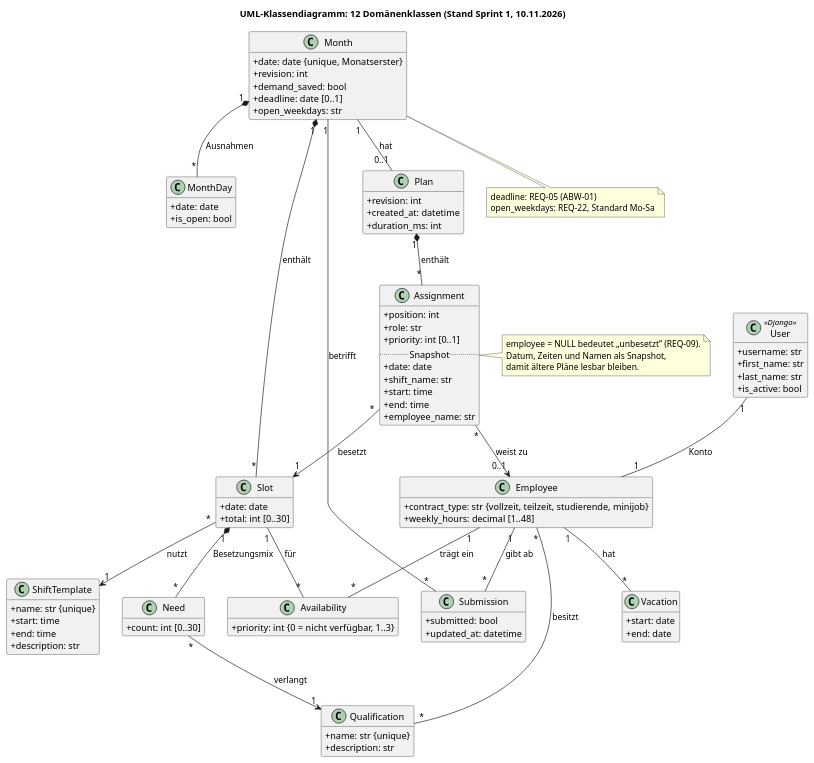
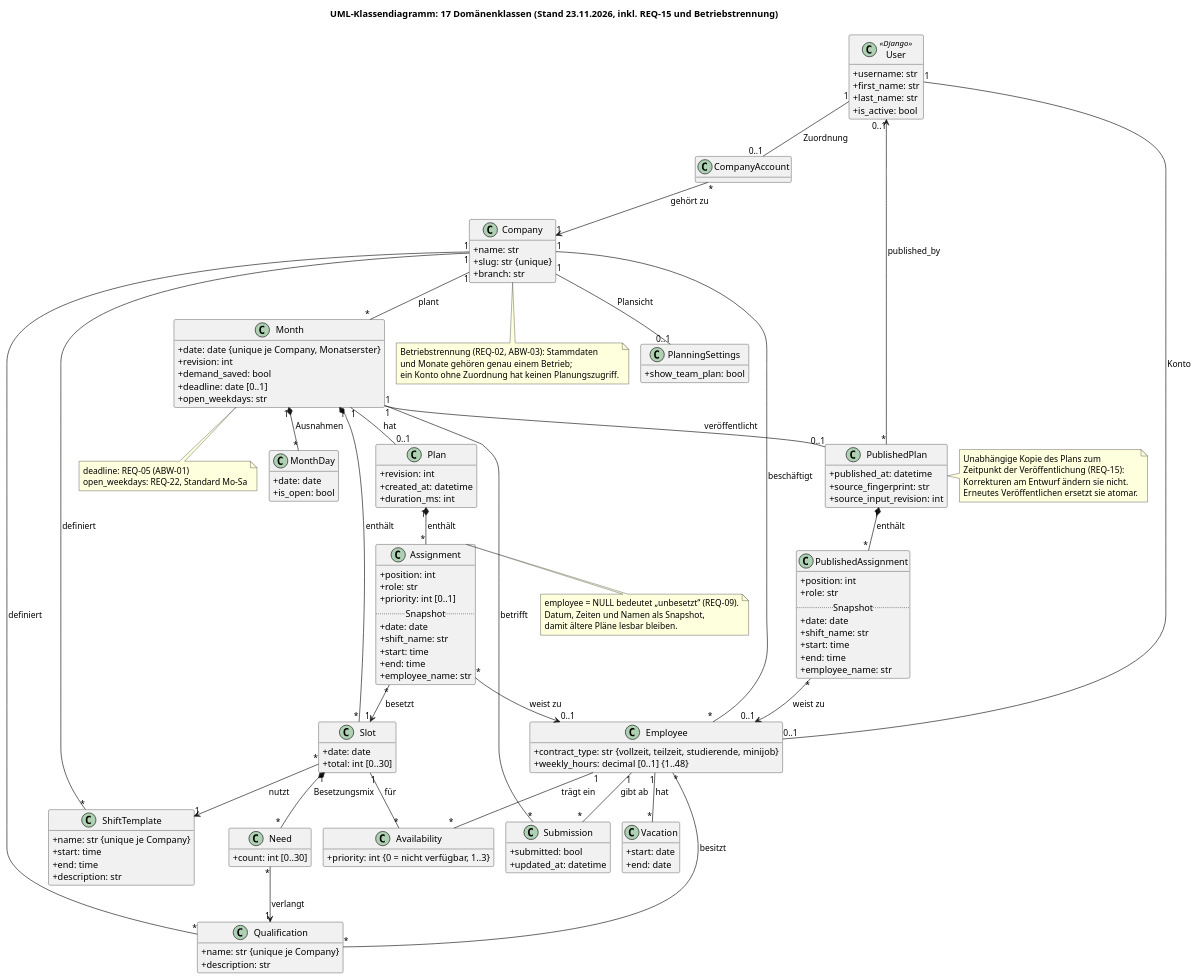
One commit to shiftplanner-hsfl-team/shiftplanner changed the diagram in docs/design/klassen.puml. Above: the diagram before and after it, drawn with PlantUML. The commit also changed 3 other files, not shown here.

Commit message:
DESIGN #59: Klassen- und ER-Diagramm nach Inspektion aktualisieren

```diff
--- a/docs/design/klassen.puml
+++ b/docs/design/klassen.puml
@@ -1,115 +1,172 @@
 @startuml
-title UML-Klassendiagramm: 12 Domänenklassen (Stand Sprint 1, 10.11.2026)
+!pragma layout smetana
+title UML-Klassendiagramm: 17 Domänenklassen (Stand 23.11.2026, inkl. REQ-15 und Betriebstrennung)
 
 skinparam classAttributeIconSize 0
 hide empty methods
 
 class User <<Django>> {
   +username: str
   +first_name: str
   +last_name: str
   +is_active: bool
 }
 
+class Company {
+  +name: str
+  +slug: str {unique}
+  +branch: str
+}
+
+class CompanyAccount {
+}
+
+class PlanningSettings {
+  +show_team_plan: bool
+}
+
 class Employee {
   +contract_type: str {vollzeit, teilzeit, studierende, minijob}
-  +weekly_hours: decimal [1..48]
+  +weekly_hours: decimal [0..1] {1..48}
 }
 
 class Qualification {
-  +name: str {unique}
+  +name: str {unique je Company}
   +description: str
 }
 
 class ShiftTemplate {
-  +name: str {unique}
+  +name: str {unique je Company}
   +start: time
   +end: time
   +description: str
 }
 
 class Month {
-  +date: date {unique, Monatserster}
+  +date: date {unique je Company, Monatserster}
   +revision: int
   +demand_saved: bool
   +deadline: date [0..1]
   +open_weekdays: str
 }
 
 class MonthDay {
   +date: date
   +is_open: bool
 }
 
 class Slot {
   +date: date
   +total: int [0..30]
 }
 
 class Need {
   +count: int [0..30]
 }
 
 class Availability {
   +priority: int {0 = nicht verfügbar, 1..3}
 }
 
 class Submission {
   +submitted: bool
   +updated_at: datetime
 }
 
 class Vacation {
   +start: date
   +end: date
 }
 
 class Plan {
   +revision: int
   +created_at: datetime
   +duration_ms: int
 }
 
 class Assignment {
   +position: int
   +role: str
   +priority: int [0..1]
   .. Snapshot ..
   +date: date
   +shift_name: str
   +start: time
   +end: time
   +employee_name: str
 }
 
-User "1" -- "1" Employee : Konto
+class PublishedPlan {
+  +published_at: datetime
+  +source_fingerprint: str
+  +source_input_revision: int
+}
+
+class PublishedAssignment {
+  +position: int
+  +role: str
+  .. Snapshot ..
+  +date: date
+  +shift_name: str
+  +start: time
+  +end: time
+  +employee_name: str
+}
+
+User "1" -- "0..1" CompanyAccount : Zuordnung
+CompanyAccount "*" --> "1" Company : gehört zu
+Company "1" -- "0..1" PlanningSettings : Plansicht
+Company "1" -- "*" Employee : beschäftigt
+Company "1" -- "*" Qualification : definiert
+Company "1" -- "*" ShiftTemplate : definiert
+Company "1" -- "*" Month : plant
+
+User "1" -- "0..1" Employee : Konto
 Employee "*" -- "*" Qualification : besitzt
 Employee "1" -- "*" Availability : trägt ein
 Employee "1" -- "*" Submission : gibt ab
 Employee "1" -- "*" Vacation : hat
 
 Month "1" *-- "*" MonthDay : Ausnahmen
 Month "1" *-- "*" Slot : enthält
 Month "1" -- "*" Submission : betrifft
 Month "1" -- "0..1" Plan : hat
 Slot "*" --> "1" ShiftTemplate : nutzt
 Slot "1" *-- "*" Need : Besetzungsmix
 Need "*" --> "1" Qualification : verlangt
 Slot "1" -- "*" Availability : für
 
 Plan "1" *-- "*" Assignment : enthält
 Assignment "*" --> "1" Slot : besetzt
 Assignment "*" --> "0..1" Employee : weist zu
 
+Month "1" -- "0..1" PublishedPlan : veröffentlicht
+PublishedPlan "*" --> "0..1" User : published_by
+PublishedPlan "1" *-- "*" PublishedAssignment : enthält
+PublishedAssignment "*" --> "0..1" Employee : weist zu
+
 note right of Assignment
   employee = NULL bedeutet „unbesetzt“ (REQ-09).
   Datum, Zeiten und Namen als Snapshot,
   damit ältere Pläne lesbar bleiben.
+end note
+
+note right of PublishedPlan
+  Unabhängige Kopie des Plans zum
+  Zeitpunkt der Veröffentlichung (REQ-15):
+  Korrekturen am Entwurf ändern sie nicht.
+  Erneutes Veröffentlichen ersetzt sie atomar.
+end note
+
+note bottom of Company
+  Betriebstrennung (REQ-02, ABW-03): Stammdaten
+  und Monate gehören genau einem Betrieb;
+  ein Konto ohne Zuordnung hat keinen Planungszugriff.
 end note
 
 note bottom of Month
   deadline: REQ-05 (ABW-01)
   open_weekdays: REQ-22, Standard Mo–Sa
 end note
 
 @enduml
```
